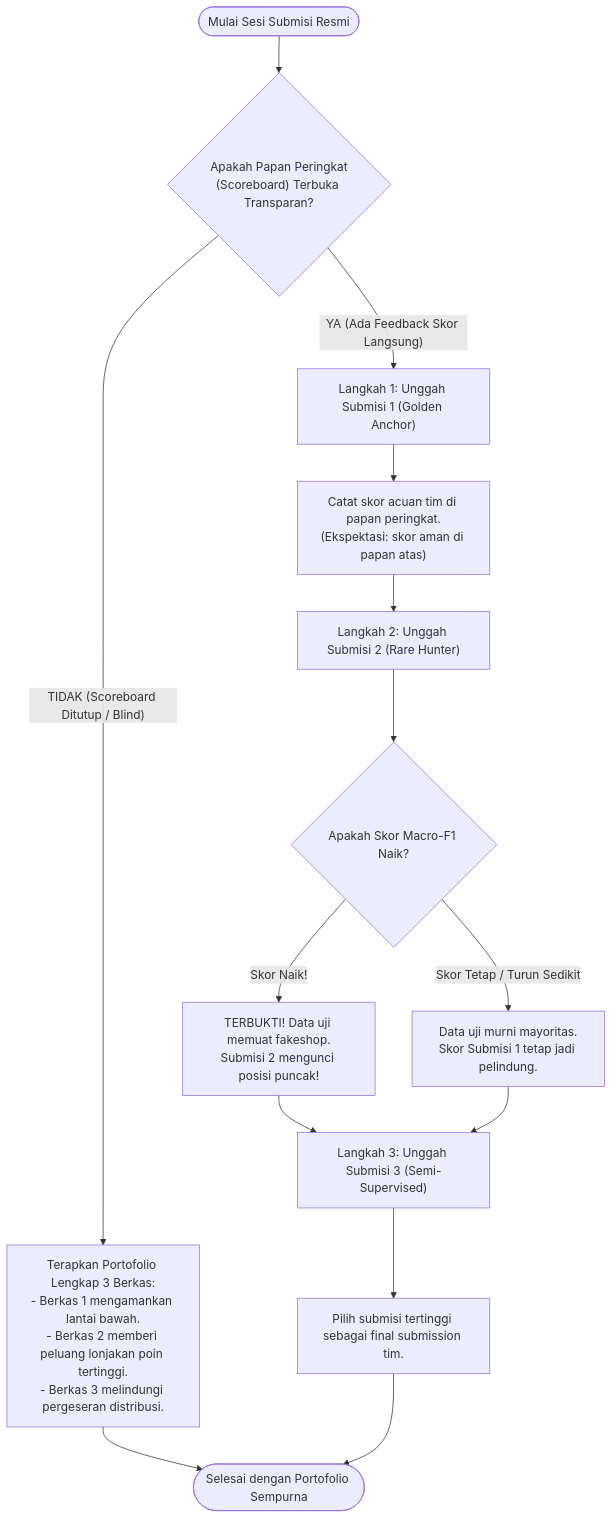
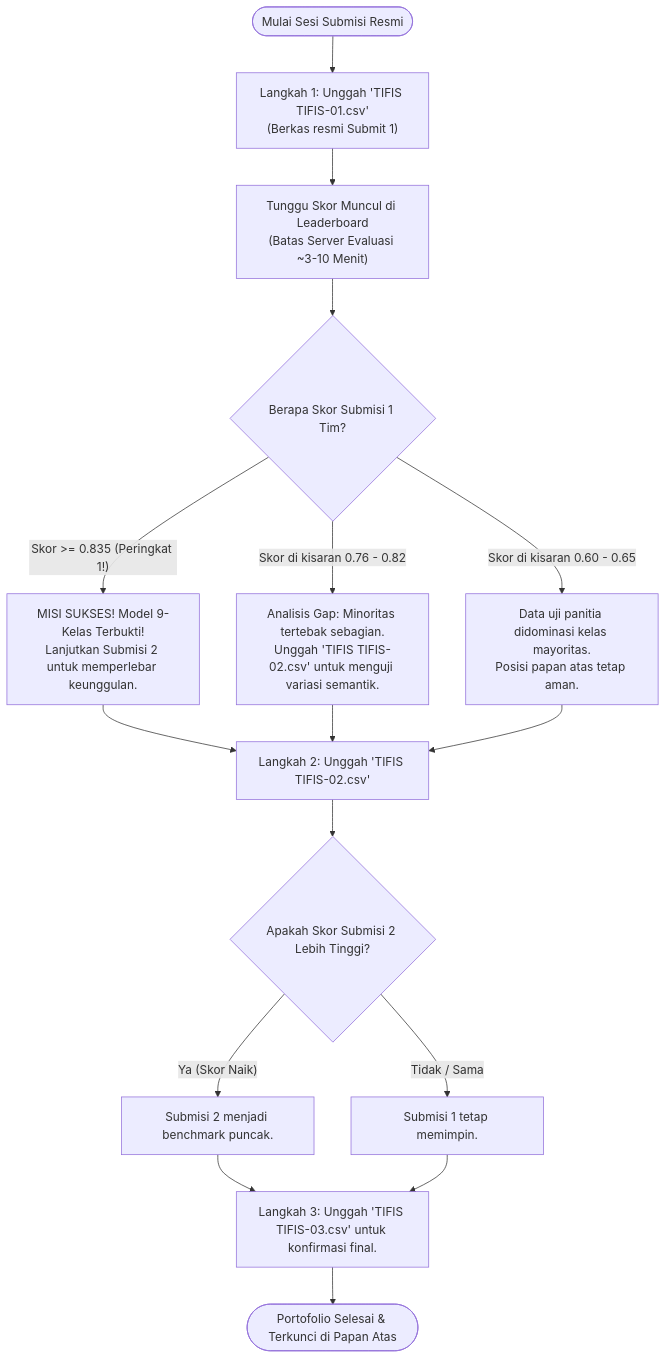
One commit to caerdfasgrae/PEDAS-2026 changed the diagram in docs/PANDUAN_STRATEGI_3X_SUBMISI.md. Above: the diagram before and after it, drawn with Mermaid. The commit also changed other lines of this file and 16 other files, not shown here.

Commit message:
feat: adopt Sniper Protocol 9-class portfolio, transductive IOC attribution, and official TIFIS TIFIS submission templates

````diff
--- a/docs/PANDUAN_STRATEGI_3X_SUBMISI.md
+++ b/docs/PANDUAN_STRATEGI_3X_SUBMISI.md
@@ -107,18 +179,22 @@
 ```mermaid
 flowchart TD
-    Start(["Mulai Sesi Submisi Resmi"]) --> CheckLeaderboard{"Apakah Papan Peringkat<br/>(Scoreboard) Terbuka Transparan?"}
-
-    CheckLeaderboard -- "YA (Ada Feedback Skor Langsung)" --> StepA1["Langkah 1: Unggah Submisi 1 (Golden Anchor)"]
-    StepA1 --> NoteA1["Catat skor acuan tim di papan peringkat.<br/>(Ekspektasi: skor aman di papan atas)"]
-    NoteA1 --> StepA2["Langkah 2: Unggah Submisi 2 (Rare Hunter)"]
-    StepA2 --> CompareScore{"Apakah Skor Macro-F1 Naik?"}
-    CompareScore -- "Skor Naik!" --> WinnerInsight["TERBUKTI! Data uji memuat fakeshop.<br/>Submisi 2 mengunci posisi puncak!"]
-    CompareScore -- "Skor Tetap / Turun Sedikit" --> SafeInsight["Data uji murni mayoritas.<br/>Skor Submisi 1 tetap jadi pelindung."]
-    WinnerInsight --> StepA3["Langkah 3: Unggah Submisi 3 (Semi-Supervised)"]
-    SafeInsight --> StepA3
-    StepA3 --> FinalChoice["Pilih submisi tertinggi sebagai final submission tim."]
-
-    CheckLeaderboard -- "TIDAK (Scoreboard Ditutup / Blind)" --> BlindStrategy["Terapkan Portofolio Lengkap 3 Berkas:<br/>- Berkas 1 mengamankan lantai bawah.<br/>- Berkas 2 memberi peluang lonjakan poin tertinggi.<br/>- Berkas 3 melindungi pergeseran distribusi."]
-    BlindStrategy --> Finish(["Selesai dengan Portofolio Sempurna"])
-    FinalChoice --> Finish
+    Start(["Mulai Sesi Submisi Resmi"]) --> Step1["Langkah 1: Unggah 'TIFIS TIFIS-01.csv'<br/>(Berkas resmi Submit 1)"]
+    Step1 --> WaitLB["Tunggu Skor Muncul di Leaderboard<br/>(Batas Server Evaluasi ~3-10 Menit)"]
+    WaitLB --> EvalScore{"Berapa Skor Submisi 1 Tim?"}
+    
+    EvalScore -- "Skor >= 0.835 (Peringkat 1!)" --> WinScenario["MISI SUKSES! Model 9-Kelas Terbukti!<br/>Lanjutkan Submisi 2 untuk memperlebar keunggulan."]
+    EvalScore -- "Skor di kisaran 0.76 - 0.82" --> GapAnalysis["Analisis Gap: Minoritas tertebak sebagian.<br/>Unggah 'TIFIS TIFIS-02.csv' untuk menguji variasi semantik."]
+    EvalScore -- "Skor di kisaran 0.60 - 0.65" --> BaselineAnalysis["Data uji panitia didominasi kelas mayoritas.<br/>Posisi papan atas tetap aman."]
+    
+    WinScenario --> Step2["Langkah 2: Unggah 'TIFIS TIFIS-02.csv'"]
+    GapAnalysis --> Step2
+    BaselineAnalysis --> Step2
+    
+    Step2 --> Eval2{"Apakah Skor Submisi 2 Lebih Tinggi?"}
+    Eval2 -- "Ya (Skor Naik)" --> Keep2["Submisi 2 menjadi benchmark puncak."]
+    Eval2 -- "Tidak / Sama" --> Keep1["Submisi 1 tetap memimpin."]
+    
+    Keep2 --> Step3["Langkah 3: Unggah 'TIFIS TIFIS-03.csv' untuk konfirmasi final."]
+    Keep1 --> Step3
+    Step3 --> Finish(["Portofolio Selesai & Terkunci di Papan Atas"])
 ```
````
